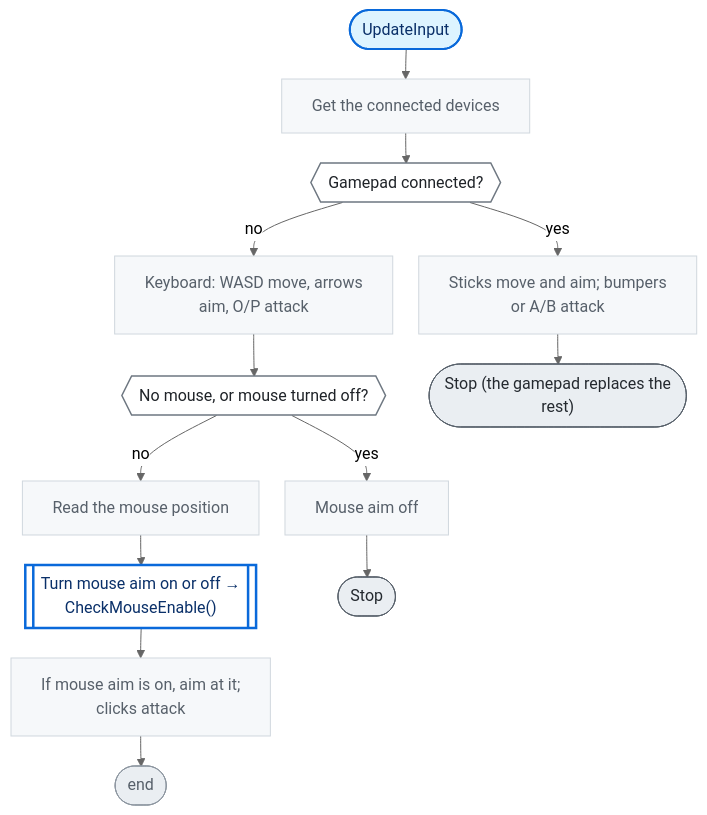
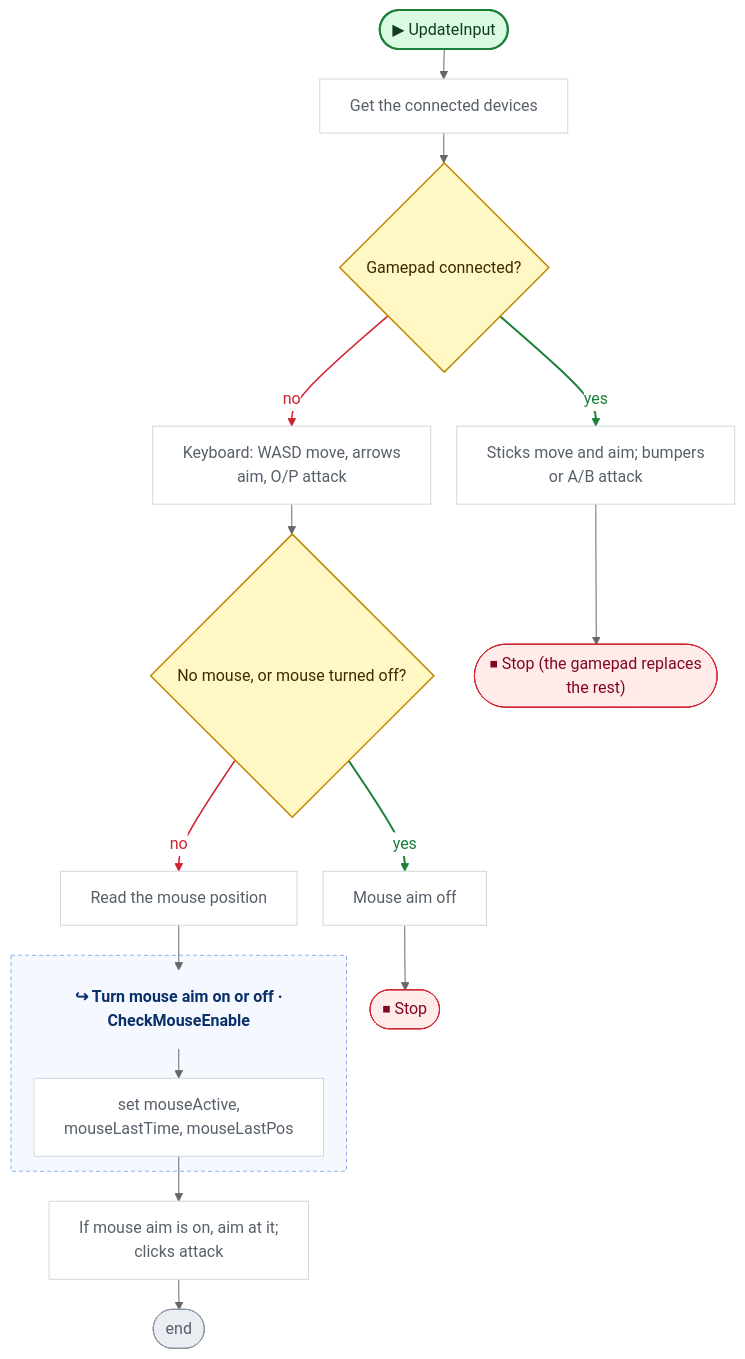
One commit to nataiai/Lord-of-the-Dungeon changed the fifth of 5 diagrams in CodeGraph~/graph/Controller.cs.md. Above: the diagram before and after it, drawn with Mermaid (neutral theme). The commit also changed other lines of this file and 44 other files, not shown here.

````diff
--- a/CodeGraph~/graph/Controller.cs.md
+++ b/CodeGraph~/graph/Controller.cs.md
@@ -170,51 +180,66 @@
 ```mermaid
 ---
 config:
   flowchart:
     wrappingWidth: 260
     nodeSpacing: 26
     rankSpacing: 30
 ---
 flowchart TD
-  nS(["UpdateInput"])
+  nS(["▶ UpdateInput"])
   n539747["Get the connected devices"]
-  n590607{{"Gamepad connected?"}}
+  n590607{"Gamepad connected?"}
   n950fae["Sticks move and aim; bumpers<br>or A/B attack"]
   n9c3ff5["Keyboard: WASD move, arrows<br>aim, O/P attack"]
-  n2ca3df{{"No mouse, or mouse turned off?"}}
+  n2ca3df{"No mouse, or mouse turned off?"}
   n75ebd0["Mouse aim off"]
   na08b7c["Read the mouse position"]
-  n9f6c98[["Turn mouse aim on or off →<br>CheckMouseEnable()"]]
+  n9f6c98_h["↪ Turn mouse aim on or off ·<br>CheckMouseEnable"]
+  n9f6c98_n49a6a6["set mouseActive,<br>mouseLastTime, mouseLastPos"]
   n3a4432["If mouse aim is on, aim at it;<br>clicks attack"]
   nE(["end"])
-  nb2e4fc(["Stop (the gamepad replaces the<br>rest)"])
-  n8ac8b5(["Stop"])
+  nb2e4fc(["⏹ Stop (the gamepad replaces<br>the rest)"])
+  n8ac8b5(["⏹ Stop"])
+  subgraph n9f6c98_g[" "]
+    n9f6c98_h
+    n9f6c98_n49a6a6
+  end
+  style n9f6c98_g fill:#f5f9ff,stroke:#8cb4e8,stroke-dasharray:4 3,color:#0a3069
   nS --> n539747
   n539747 --> n590607
   n950fae --> nb2e4fc
   n590607 -->|no| n9c3ff5
   n590607 -->|yes| n950fae
   n9c3ff5 --> n2ca3df
   n75ebd0 --> n8ac8b5
   n2ca3df -->|no| na08b7c
   n2ca3df -->|yes| n75ebd0
-  na08b7c --> n9f6c98
-  n9f6c98 --> n3a4432
+  na08b7c --> n9f6c98_h
   n3a4432 --> nE
-  classDef unity fill:#fff1c2,stroke:#9a6700,stroke-width:2px,color:#3b2300
-  classDef start fill:#ddf4ff,stroke:#0969da,stroke-width:2px,color:#0a3069
-  classDef calc fill:#f6f8fa,stroke:#d0d7de,color:#57606a
-  classDef calls fill:#ffffff,stroke:#0969da,stroke-width:2.5px,color:#0a3069
-  classDef cond fill:#ffffff,stroke:#6e7781,stroke-width:1.5px,color:#1f2328
-  classDef loop fill:#fbefff,stroke:#8250df,color:#3e1f79
-  classDef exit fill:#eaeef2,stroke:#57606a,color:#24292f
-  classDef wait fill:#fff8f0,stroke:#bc4c00,color:#4d1d00
+  n9f6c98_h --> n9f6c98_n49a6a6
+  n9f6c98_n49a6a6 --> n3a4432
+  linkStyle 3 stroke:#cf222e,stroke-width:1.5px,color:#cf222e
+  linkStyle 4 stroke:#1a7f37,stroke-width:2px,color:#1a7f37
+  linkStyle 7 stroke:#cf222e,stroke-width:1.5px,color:#cf222e
+  linkStyle 8 stroke:#1a7f37,stroke-width:2px,color:#1a7f37
+  classDef unity fill:#dafbe1,stroke:#1a7f37,stroke-width:2px,color:#0f3d1d
+  classDef start fill:#dafbe1,stroke:#1a7f37,stroke-width:2px,color:#0f3d1d
+  classDef calc fill:#ffffff,stroke:#d0d7de,color:#57606a
+  classDef calls fill:#ddf4ff,stroke:#0969da,stroke-width:2px,color:#0a3069
+  classDef ext fill:#ddf4ff,stroke:#0969da,stroke-width:2px,stroke-dasharray:5 3,color:#0a3069
+  classDef cond fill:#fff8c5,stroke:#bf8700,stroke-width:1.5px,color:#3d2a00
+  classDef loop fill:#f6f8fa,stroke:#57606a,color:#1f2328
+  classDef exit fill:#ffebe9,stroke:#cf222e,color:#82071e
+  classDef kill fill:#ffebe9,stroke:#cf222e,stroke-width:2px,color:#82071e
+  classDef spawn fill:#dafbe1,stroke:#1a7f37,stroke-width:2px,color:#0f3d1d
+  classDef wait fill:#fff1e5,stroke:#bc4c00,color:#4d1d00
   classDef fin fill:#eaeef2,stroke:#8c959f,color:#57606a
   classDef join fill:#d0d7de,stroke:#8c959f,color:#57606a
-  class n539747,n950fae,n9c3ff5,n75ebd0,na08b7c,n3a4432 calc
-  class n9f6c98 calls
+  classDef ghdr fill:#f5f9ff,stroke:#f5f9ff,color:#0a3069,font-weight:bold
+  class n539747,n950fae,n9c3ff5,n75ebd0,na08b7c,n9f6c98_n49a6a6,n3a4432 calc
   class n590607,n2ca3df cond
   class nb2e4fc,n8ac8b5 exit
   class nE fin
+  class n9f6c98_h ghdr
   class nS start
 ```
````
